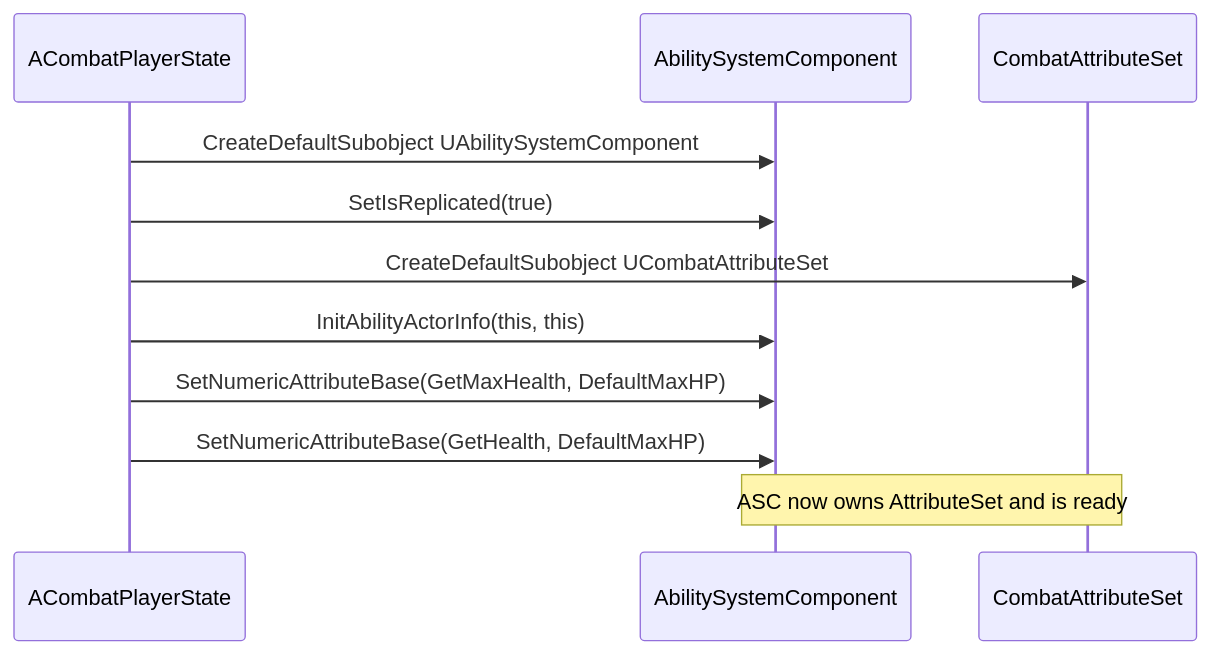
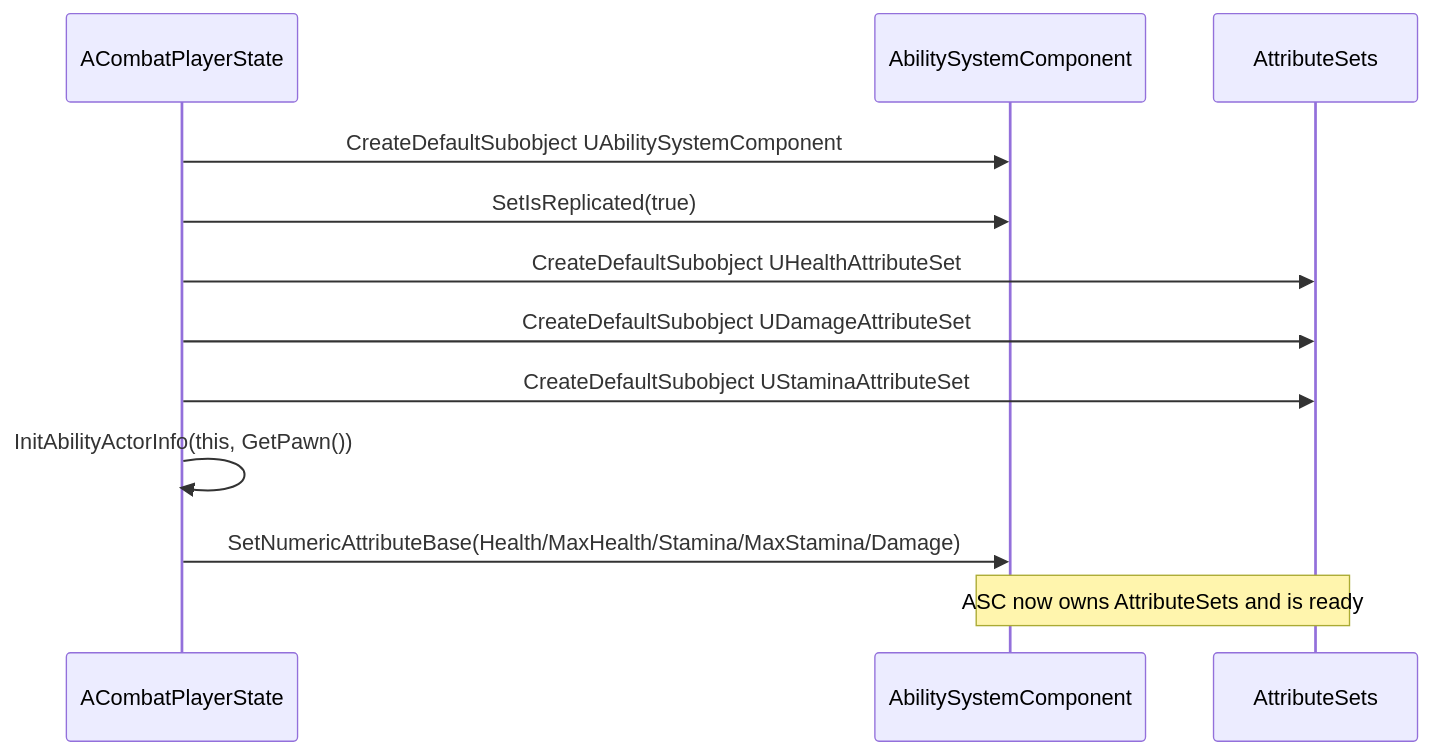
One commit to ngmitam/OptimizedGASDemo changed the first of 5 diagrams in docs/GAS_SEQUENCE.md. Above: the diagram before and after it, drawn with Mermaid. The commit also changed other lines of this file and 59 other files, not shown here.

````diff
--- a/docs/GAS_SEQUENCE.md
+++ b/docs/GAS_SEQUENCE.md
@@ -11,14 +11,15 @@
 ```mermaid
 sequenceDiagram
     participant PS as ACombatPlayerState
     participant ASC as AbilitySystemComponent
-    participant AS as CombatAttributeSet
+    participant AS as AttributeSets
 
     PS->>ASC: CreateDefaultSubobject UAbilitySystemComponent
     PS->>ASC: SetIsReplicated(true)
-    PS->>AS: CreateDefaultSubobject UCombatAttributeSet
-    PS->>ASC: InitAbilityActorInfo(this, this)
-    PS->>ASC: SetNumericAttributeBase(GetMaxHealth, DefaultMaxHP)
-    PS->>ASC: SetNumericAttributeBase(GetHealth, DefaultMaxHP)
-    note over ASC,AS: ASC now owns AttributeSet and is ready
+    PS->>AS: CreateDefaultSubobject UHealthAttributeSet
+    PS->>AS: CreateDefaultSubobject UDamageAttributeSet
+    PS->>AS: CreateDefaultSubobject UStaminaAttributeSet
+    PS->>PS: InitAbilityActorInfo(this, GetPawn())
+    PS->>ASC: SetNumericAttributeBase(Health/MaxHealth/Stamina/MaxStamina/Damage)
+    note over ASC,AS: ASC now owns AttributeSets and is ready
 ```
````
